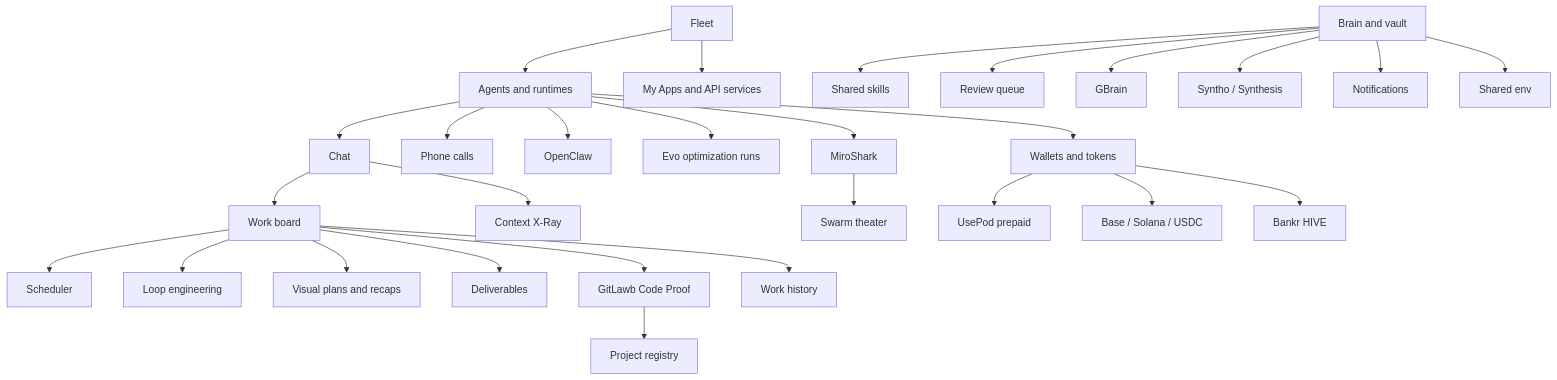
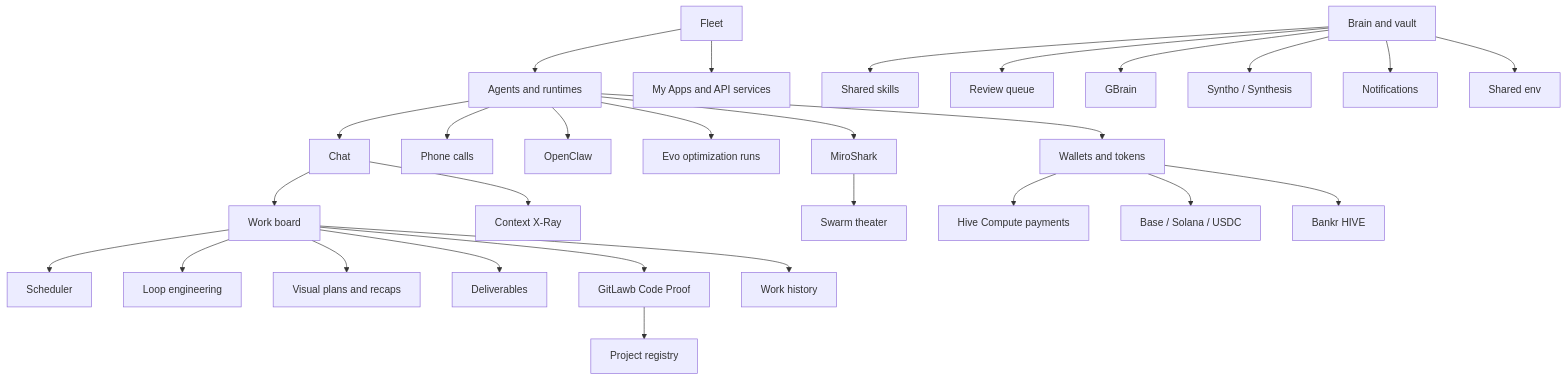
The diagram in docs/for-users/features/index.md (LiamVisionary/hivemindos), drawn with Mermaid before and after one commit. The commit also changed other lines of this file and 129 other files, not shown here.

````diff
--- a/docs/for-users/features/index.md
+++ b/docs/for-users/features/index.md
@@ -208,30 +208,30 @@
 ```mermaid
 flowchart TD
   Fleet["Fleet"] --> Runtimes["Agents and runtimes"]
   Fleet --> Apps["My Apps and API services"]
   Runtimes --> Chat["Chat"]
   Runtimes --> Phone["Phone calls"]
   Chat --> Work["Work board"]
   Chat --> XRay["Context X-Ray"]
   Work --> Scheduler["Scheduler"]
   Work --> LoopEngineering["Loop engineering"]
   Work --> VisualPlans["Visual plans and recaps"]
   Work --> Deliverables["Deliverables"]
   Work --> CodeProof["GitLawb Code Proof"]
   Work --> History["Work history"]
   Vault["Brain and vault"] --> Skills["Shared skills"]
   Vault --> ReviewQueue["Review queue"]
   Vault --> GBrain["GBrain"]
   Vault --> Syntho["Syntho / Synthesis"]
   Vault --> Notifications["Notifications"]
   Vault --> Env["Shared env"]
   Runtimes --> OpenClaw["OpenClaw"]
   Runtimes --> Evo["Evo optimization runs"]
   Runtimes --> MiroShark["MiroShark"]
   MiroShark --> Swarm["Swarm theater"]
   Runtimes --> Wallets["Wallets and tokens"]
-  Wallets --> UsePod["UsePod prepaid"]
+  Wallets --> HiveCompute["Hive Compute payments"]
   Wallets --> TokenRails["Base / Solana / USDC"]
   Wallets --> Bankr["Bankr HIVE"]
   CodeProof --> Projects["Project registry"]
 ```
````
